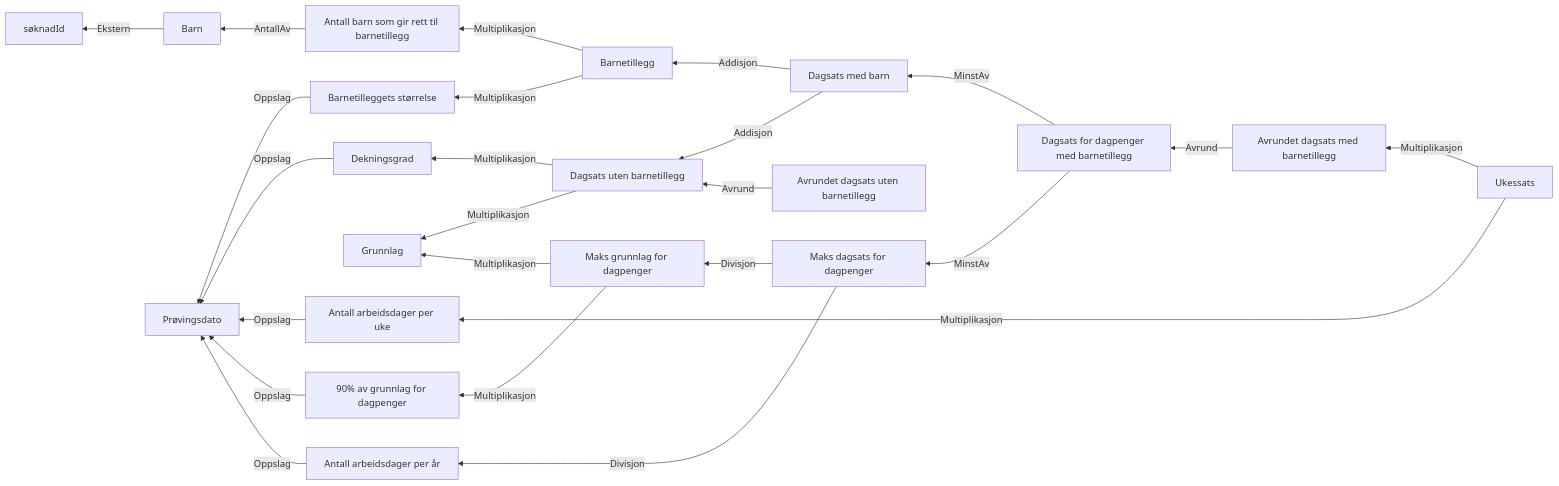
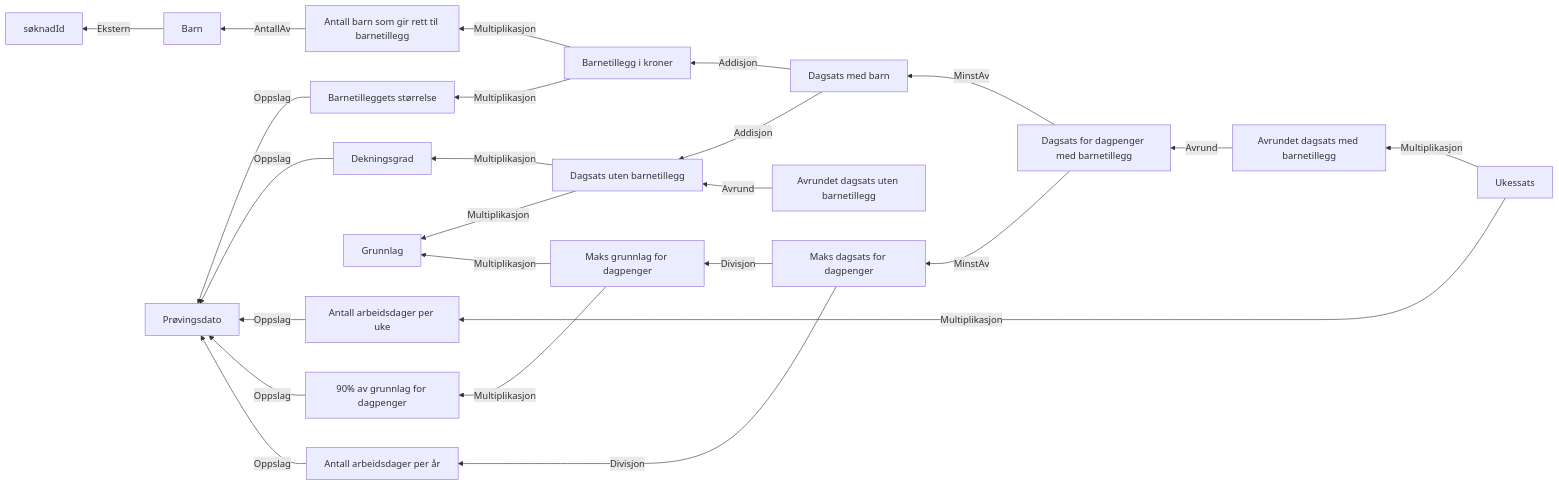
The diagram in docs/regler/§ 4-12. Dagpengenes størrelse.approved.md (navikt/dp-vedtak), drawn with Mermaid before and after one commit. The commit also changed 10 other files, not shown here.

````diff
--- a/docs/regler/§ 4-12. Dagpengenes størrelse.approved.md
+++ b/docs/regler/§ 4-12. Dagpengenes størrelse.approved.md
@@ -5,26 +5,26 @@
 ```mermaid
 graph RL
   A["Barn"] -->|"Ekstern"| B["søknadId"]
   C["Antall barn som gir rett til barnetillegg"] -->|"AntallAv"| A["Barn"]
   D["Barnetilleggets størrelse"] -->|"Oppslag"| E["Prøvingsdato"]
   F["Dekningsgrad"] -->|"Oppslag"| E["Prøvingsdato"]
   G["Dagsats uten barnetillegg"] -->|"Multiplikasjon"| H["Grunnlag"]
   G["Dagsats uten barnetillegg"] -->|"Multiplikasjon"| F["Dekningsgrad"]
-  I["Barnetillegg"] -->|"Multiplikasjon"| D["Barnetilleggets størrelse"]
-  I["Barnetillegg"] -->|"Multiplikasjon"| C["Antall barn som gir rett til barnetillegg"]
+  I["Barnetillegg i kroner"] -->|"Multiplikasjon"| D["Barnetilleggets størrelse"]
+  I["Barnetillegg i kroner"] -->|"Multiplikasjon"| C["Antall barn som gir rett til barnetillegg"]
   J["Dagsats med barn"] -->|"Addisjon"| G["Dagsats uten barnetillegg"]
-  J["Dagsats med barn"] -->|"Addisjon"| I["Barnetillegg"]
+  J["Dagsats med barn"] -->|"Addisjon"| I["Barnetillegg i kroner"]
   K["Antall arbeidsdager per uke"] -->|"Oppslag"| E["Prøvingsdato"]
   L["90% av grunnlag for dagpenger"] -->|"Oppslag"| E["Prøvingsdato"]
   M["Antall arbeidsdager per år"] -->|"Oppslag"| E["Prøvingsdato"]
   N["Maks grunnlag for dagpenger"] -->|"Multiplikasjon"| H["Grunnlag"]
   N["Maks grunnlag for dagpenger"] -->|"Multiplikasjon"| L["90% av grunnlag for dagpenger"]
   O["Maks dagsats for dagpenger"] -->|"Divisjon"| N["Maks grunnlag for dagpenger"]
   O["Maks dagsats for dagpenger"] -->|"Divisjon"| M["Antall arbeidsdager per år"]
   P["Dagsats for dagpenger med barnetillegg"] -->|"MinstAv"| O["Maks dagsats for dagpenger"]
   P["Dagsats for dagpenger med barnetillegg"] -->|"MinstAv"| J["Dagsats med barn"]
   Q["Avrundet dagsats med barnetillegg"] -->|"Avrund"| P["Dagsats for dagpenger med barnetillegg"]
   R["Avrundet dagsats uten barnetillegg"] -->|"Avrund"| G["Dagsats uten barnetillegg"]
   S["Ukessats"] -->|"Multiplikasjon"| Q["Avrundet dagsats med barnetillegg"]
   S["Ukessats"] -->|"Multiplikasjon"| K["Antall arbeidsdager per uke"]
 ```
````
